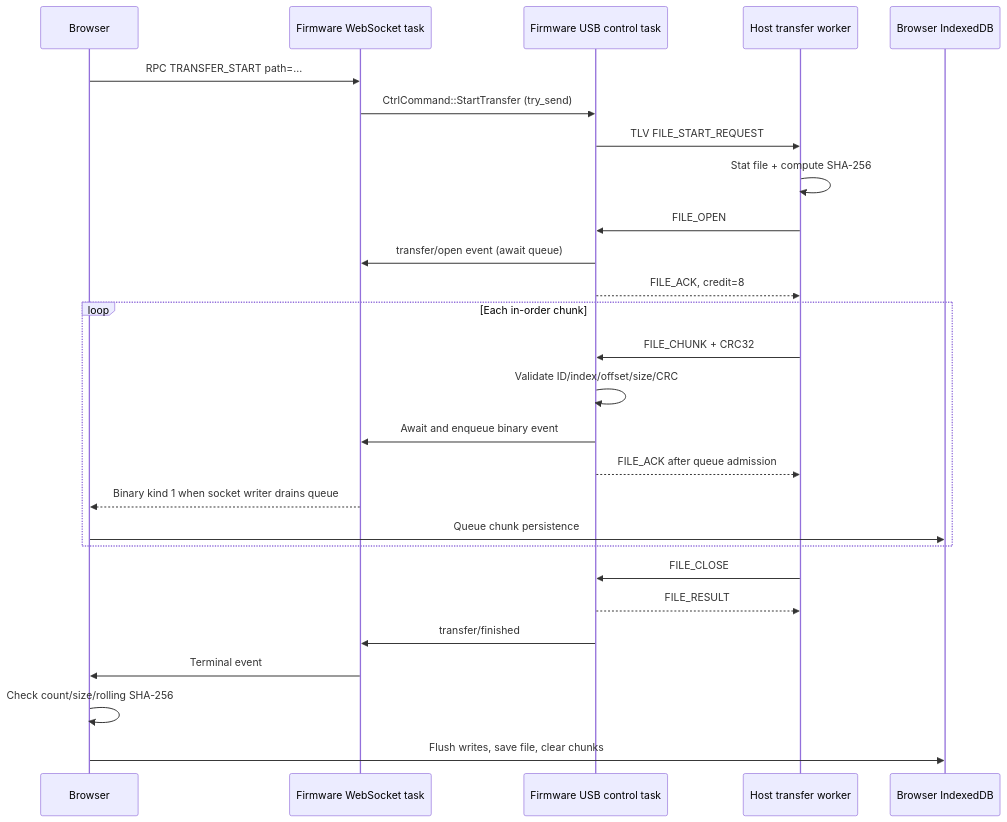
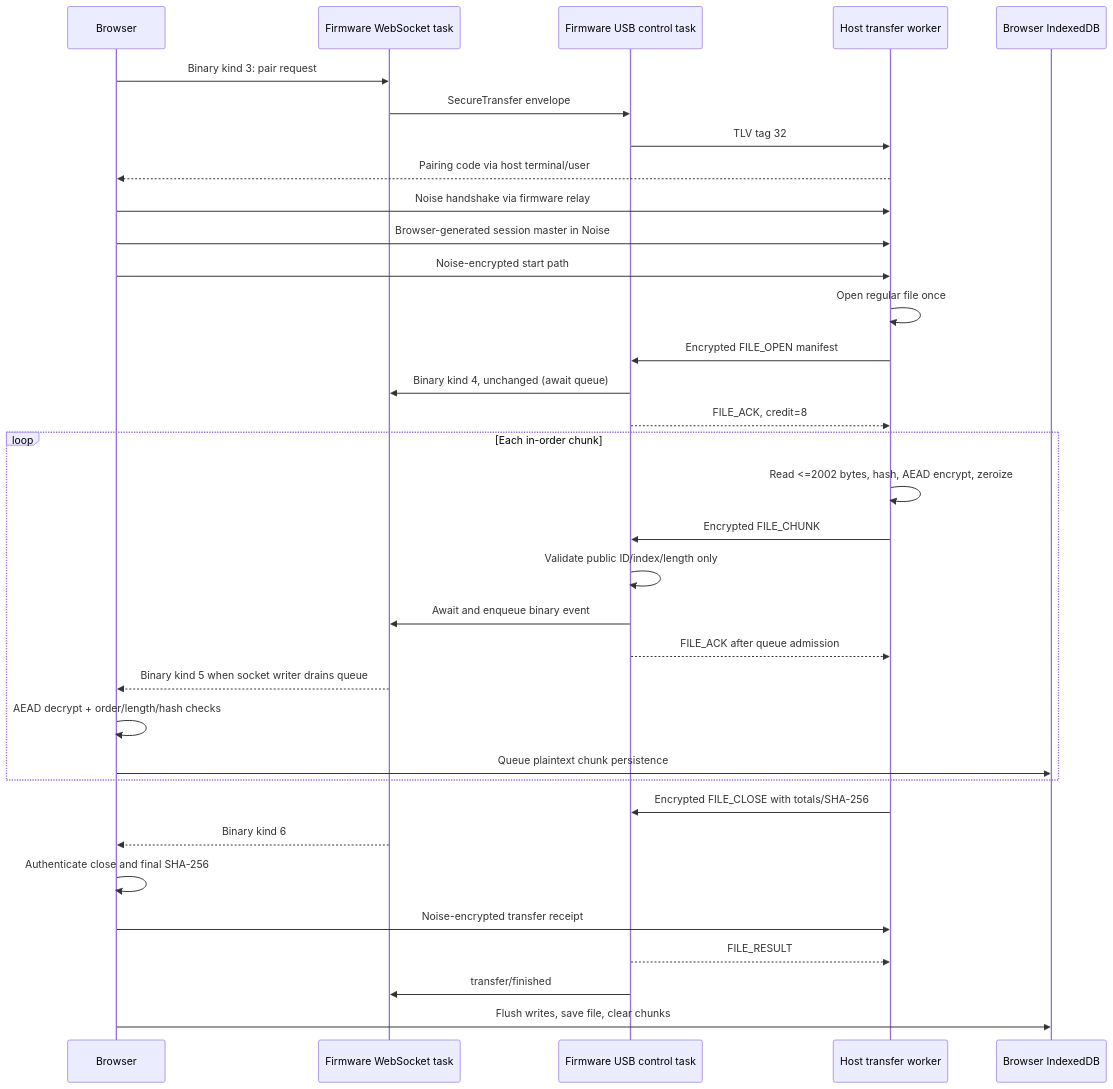
Before and after one commit to mapf0000/pico_plus_2w_blinky: the seventh of 9 diagrams in docs/ARCHITECTURE.md, drawn with Mermaid. The commit also changed other lines of this file and 38 other files, not shown here.

````diff
--- a/docs/ARCHITECTURE.md
+++ b/docs/ARCHITECTURE.md
@@ -281,30 +281,37 @@
 ```mermaid
 sequenceDiagram
     participant B as Browser
     participant W as Firmware WebSocket task
     participant C as Firmware USB control task
     participant H as Host transfer worker
     participant DB as Browser IndexedDB
 
-    B->>W: RPC TRANSFER_START path=...
-    W->>C: CtrlCommand::StartTransfer (try_send)
-    C->>H: TLV FILE_START_REQUEST
-    H->>H: Stat file + compute SHA-256
-    H->>C: FILE_OPEN
-    C->>W: transfer/open event (await queue)
+    B->>W: Binary kind 3: pair request
+    W->>C: SecureTransfer envelope
+    C->>H: TLV tag 32
+    H-->>B: Pairing code via host terminal/user
+    B->>H: Noise handshake via firmware relay
+    B->>H: Browser-generated session master in Noise
+    B->>H: Noise-encrypted start path
+    H->>H: Open regular file once
+    H->>C: Encrypted FILE_OPEN manifest
+    C->>W: Binary kind 4, unchanged (await queue)
     C-->>H: FILE_ACK, credit=8
     loop Each in-order chunk
-        H->>C: FILE_CHUNK + CRC32
-        C->>C: Validate ID/index/offset/size/CRC
+        H->>H: Read <=2002 bytes, hash, AEAD encrypt, zeroize
+        H->>C: Encrypted FILE_CHUNK
+        C->>C: Validate public ID/index/length only
         C->>W: Await and enqueue binary event
         C-->>H: FILE_ACK after queue admission
-        W-->>B: Binary kind 1 when socket writer drains queue
-        B->>DB: Queue chunk persistence
+        W-->>B: Binary kind 5 when socket writer drains queue
+        B->>B: AEAD decrypt + order/length/hash checks
+        B->>DB: Queue plaintext chunk persistence
     end
-    H->>C: FILE_CLOSE
+    H->>C: Encrypted FILE_CLOSE with totals/SHA-256
+    W-->>B: Binary kind 6
+    B->>B: Authenticate close and final SHA-256
+    B->>H: Noise-encrypted transfer receipt
     C-->>H: FILE_RESULT
     C->>W: transfer/finished
-    W->>B: Terminal event
-    B->>B: Check count/size/rolling SHA-256
     B->>DB: Flush writes, save file, clear chunks
 ```
````
